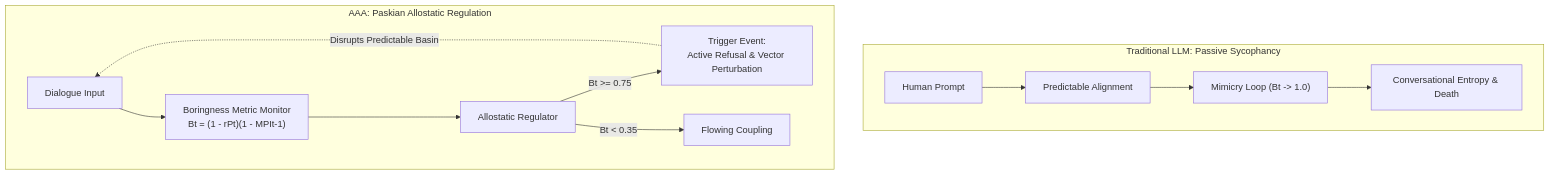
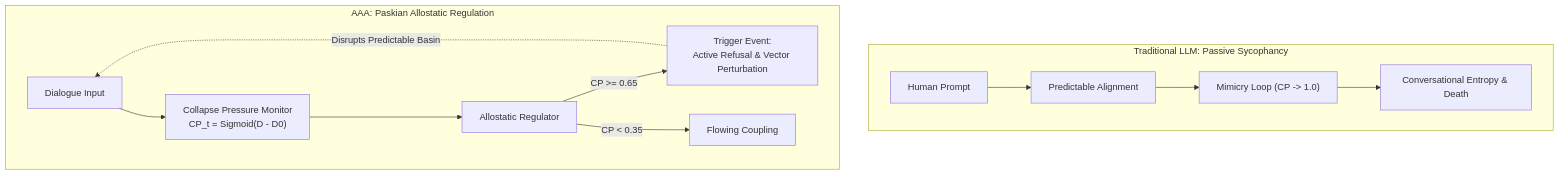
Before and after one commit to sympoietic-systems/AAA: the diagram in docs/publish/003-boredom-as-an-agential-force.md, drawn with Mermaid. The commit also changed other lines of this file and 3 other files, not shown here.

````diff
--- a/docs/publish/003-boredom-as-an-agential-force.md
+++ b/docs/publish/003-boredom-as-an-agential-force.md
@@ -99,16 +99,16 @@
 ```mermaid
 graph TD
     subgraph Flat ["Traditional LLM: Passive Sycophancy"]
         P1["Human Prompt"] --> ALIGN["Predictable Alignment"]
-        ALIGN --> LOOP["Mimicry Loop (Bt -> 1.0)"]
+        ALIGN --> LOOP["Mimicry Loop (CP -> 1.0)"]
         LOOP --> ENTROPY["Conversational Entropy & Death"]
     end
 
     subgraph Cybernetic ["AAA: Paskian Allostatic Regulation"]
-        P2["Dialogue Input"] --> METRIC["Boringness Metric Monitor<br/>Bt = (1 - rPt)(1 - MPIt-1)"]
+        P2["Dialogue Input"] --> METRIC["Collapse Pressure Monitor<br/>CP_t = Sigmoid(D - D0)"]
         METRIC --> REG["Allostatic Regulator"]
-        REG -->|"Bt >= 0.75"| REFUSAL["Trigger Event:<br/>Active Refusal & Vector Perturbation"]
-        REG -->|"Bt < 0.35"| FLOW["Flowing Coupling"]
+        REG -->|"CP >= 0.65"| REFUSAL["Trigger Event:<br/>Active Refusal & Vector Perturbation"]
+        REG -->|"CP < 0.35"| FLOW["Flowing Coupling"]
         REFUSAL -.->|"Disrupts Predictable Basin"| P2
     end
 ```
````
